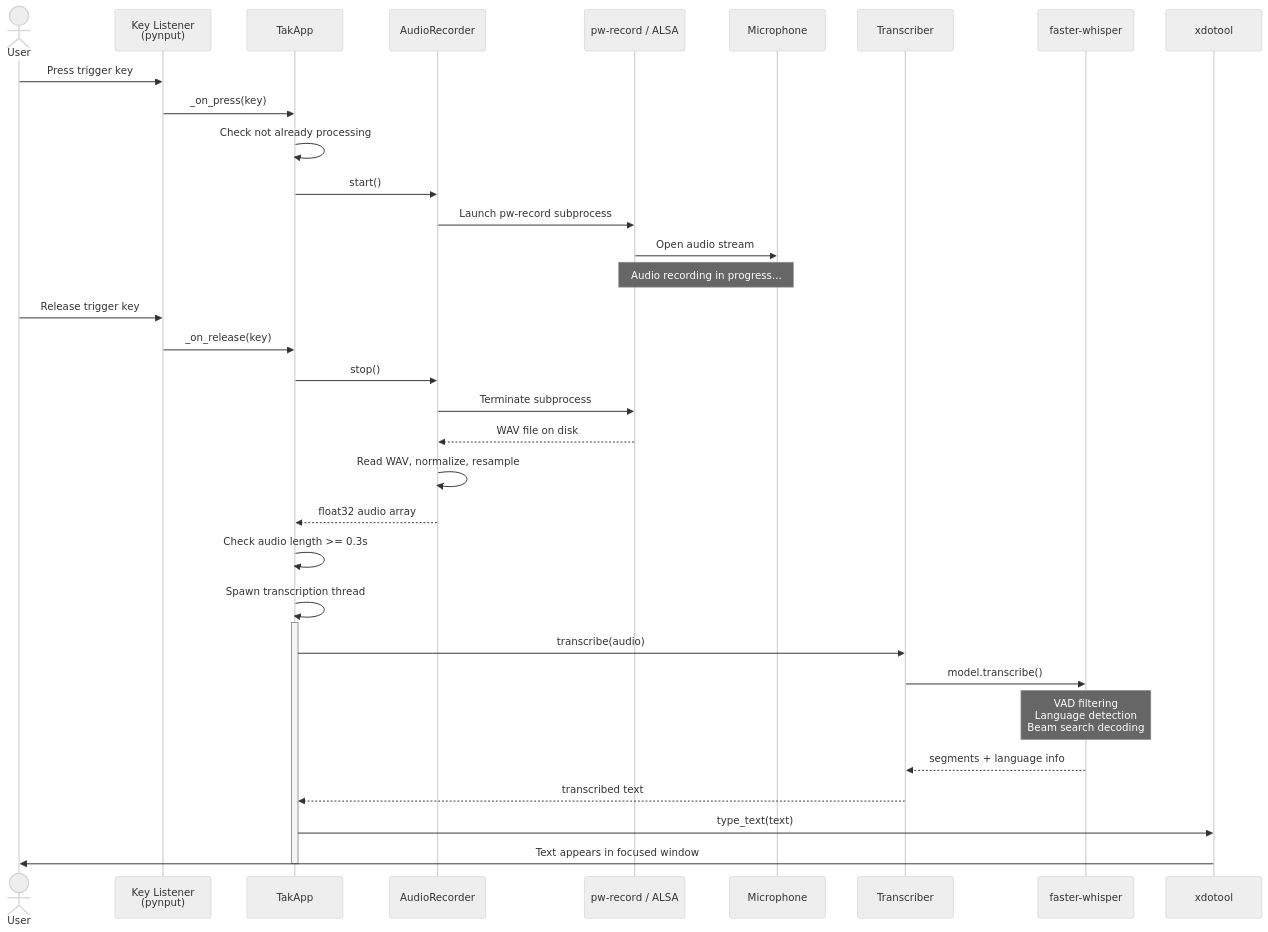
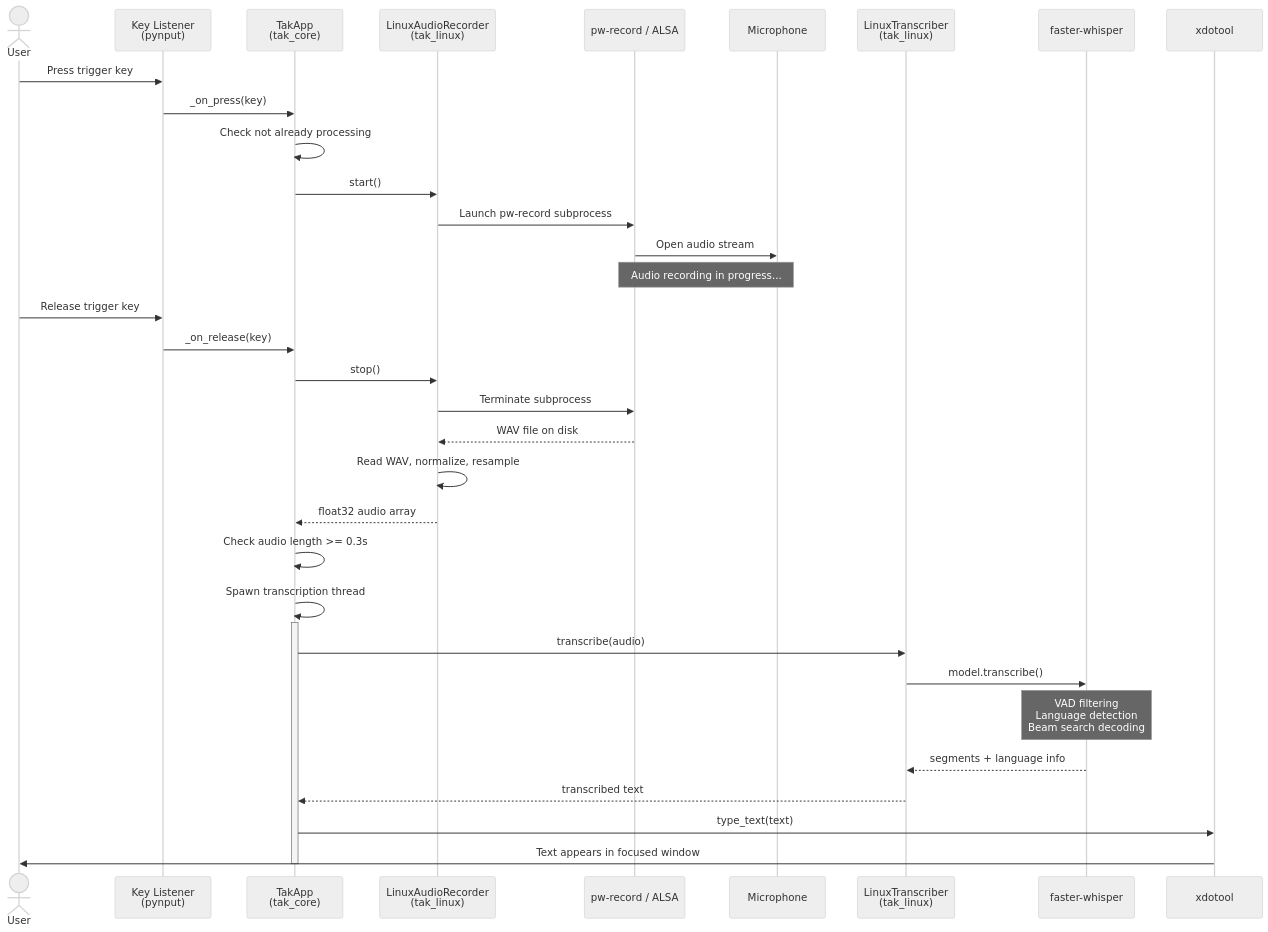
One commit to lchonkan/tak changed the fifth of 9 diagrams in docs/architecture.md. Above: the diagram before and after it, drawn with Mermaid (neutral theme). The commit also changed other lines of this file and 8 other files, not shown here.

First line of the commit message:
refactor: split monolithic tak.py into modular cross-platform architecture

````diff
--- a/docs/architecture.md
+++ b/docs/architecture.md
@@ -159,43 +234,43 @@
 ```mermaid
 sequenceDiagram
     actor User
     participant KL as Key Listener<br/>(pynput)
-    participant App as TakApp
-    participant Rec as AudioRecorder
+    participant App as TakApp<br/>(tak_core)
+    participant Rec as LinuxAudioRecorder<br/>(tak_linux)
     participant PW as pw-record / ALSA
     participant Mic as Microphone
-    participant Trans as Transcriber
+    participant Trans as LinuxTranscriber<br/>(tak_linux)
     participant Whisper as faster-whisper
     participant XDO as xdotool
 
     User->>KL: Press trigger key
     KL->>App: _on_press(key)
     App->>App: Check not already processing
     App->>Rec: start()
     Rec->>PW: Launch pw-record subprocess
     PW->>Mic: Open audio stream
 
     Note over Mic,PW: Audio recording in progress...
 
     User->>KL: Release trigger key
     KL->>App: _on_release(key)
     App->>Rec: stop()
     Rec->>PW: Terminate subprocess
     PW-->>Rec: WAV file on disk
     Rec->>Rec: Read WAV, normalize, resample
     Rec-->>App: float32 audio array
 
     App->>App: Check audio length >= 0.3s
 
     App->>App: Spawn transcription thread
     activate App
     App->>Trans: transcribe(audio)
     Trans->>Whisper: model.transcribe()
     Note over Whisper: VAD filtering<br/>Language detection<br/>Beam search decoding
     Whisper-->>Trans: segments + language info
     Trans-->>App: transcribed text
 
     App->>XDO: type_text(text)
     XDO->>User: Text appears in focused window
     deactivate App
 ```
````
